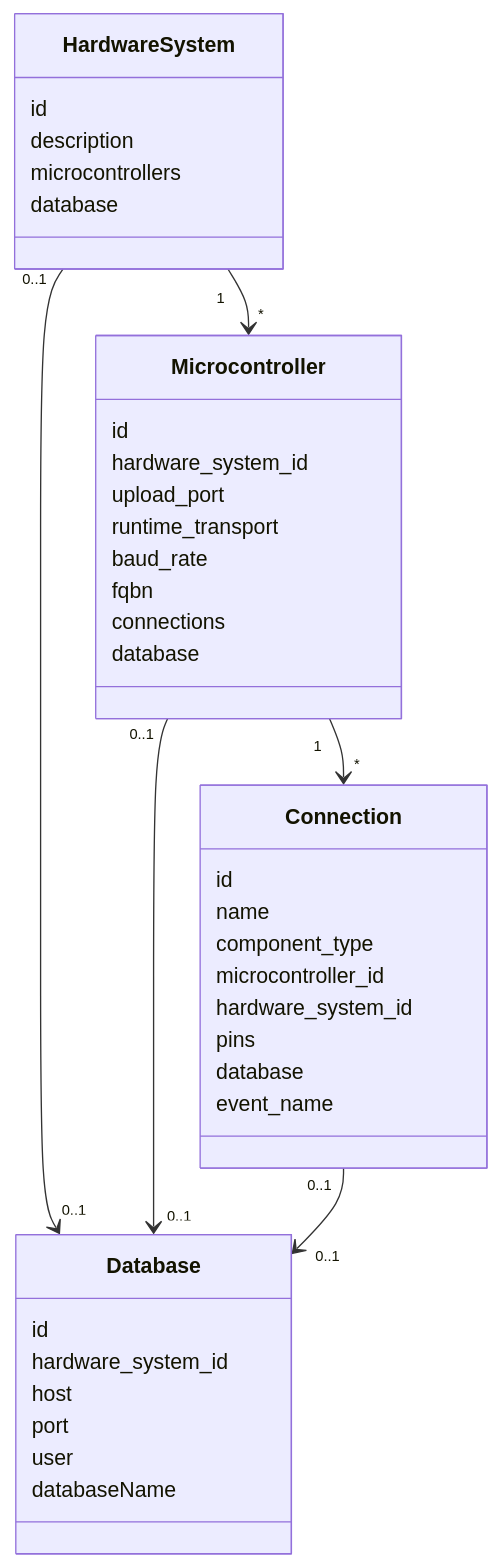
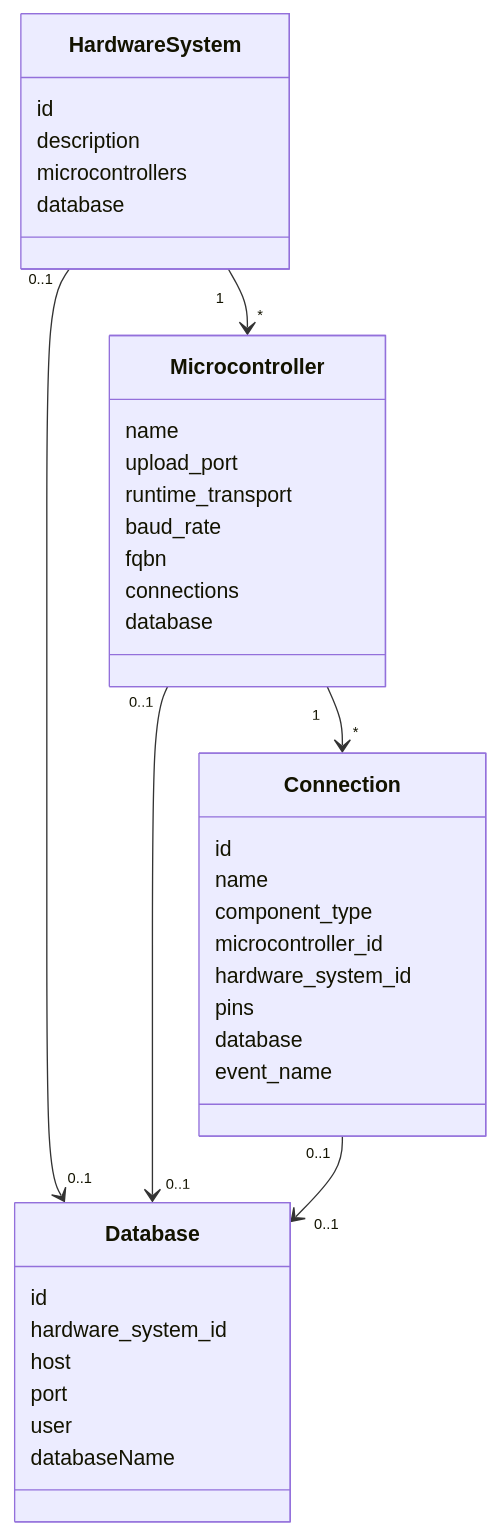
The diagram in src/gerbera_sdk/models/hardware/README.md (BaronLiu1993/gerbera), drawn with Mermaid before and after one commit. The commit also changed other lines of this file and 66 other files, not shown here.

````diff
--- a/src/gerbera_sdk/models/hardware/README.md
+++ b/src/gerbera_sdk/models/hardware/README.md
@@ -45,46 +45,45 @@
 ```mermaid
 classDiagram
     class HardwareSystem {
       id
       description
       microcontrollers
       database
     }
 
     class Microcontroller {
-      id
-      hardware_system_id
+      name
       upload_port
       runtime_transport
       baud_rate
       fqbn
       connections
       database
     }
 
     class Connection {
       id
       name
       component_type
       microcontroller_id
       hardware_system_id
       pins
       database
       event_name
     }
 
     class Database {
       id
       hardware_system_id
       host
       port
       user
       databaseName
     }
 
     HardwareSystem "1" --> "*" Microcontroller
     HardwareSystem "0..1" --> "0..1" Database
     Microcontroller "1" --> "*" Connection
     Microcontroller "0..1" --> "0..1" Database
     Connection "0..1" --> "0..1" Database
 ```
````
